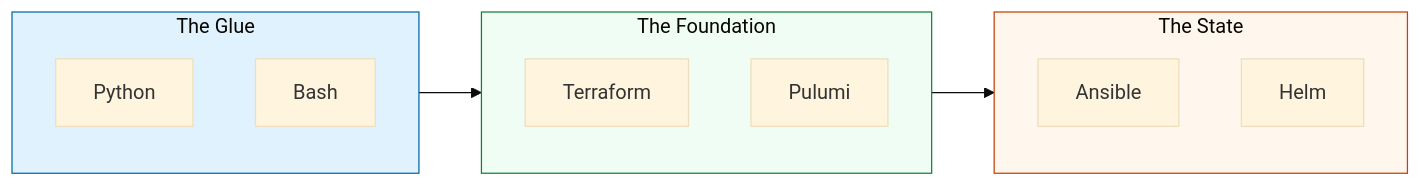
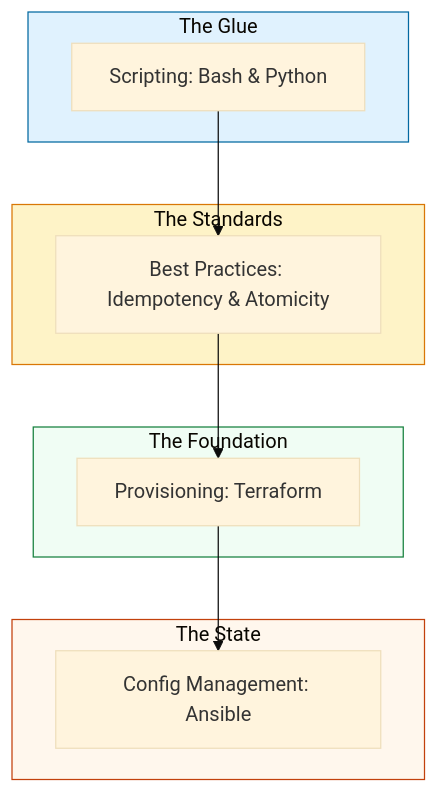
One commit to Ganil151/Devops changed the diagram in 2-Intermediate/02-Phase-2/01-Infrastructure-Automation/README.md. Above: the diagram before and after it, drawn with Mermaid (base theme). The commit also changed other lines of this file and 281 other files, not shown here.

````diff
--- a/2-Intermediate/02-Phase-2/01-Infrastructure-Automation/README.md
+++ b/2-Intermediate/02-Phase-2/01-Infrastructure-Automation/README.md
@@ -5,24 +13,27 @@
 ```mermaid
-graph LR
-    subgraph Scripting[The Glue]
-        P[Python]
-        B[Bash]
+graph TD
+    subgraph Layer1[The Glue]
+        S[Scripting: Bash & Python]
     end
     
-    subgraph Provisioning[The Foundation]
-        T[Terraform]
-        Pu[Pulumi]
+    subgraph Layer2[The Standards]
+        BP[Best Practices: Idempotency & Atomicity]
     end
     
-    subgraph Configuration[The State]
-        A[Ansible]
-        H[Helm]
+    subgraph Layer3[The Foundation]
+        IaC[Provisioning: Terraform]
     end
     
-    Scripting --> Provisioning
-    Provisioning --> Configuration
+    subgraph Layer4[The State]
+        CM[Config Management: Ansible]
+    end
     
-    style Scripting fill:#e0f2fe,stroke:#0369a1
-    style Provisioning fill:#f0fdf4,stroke:#15803d
-    style Configuration fill:#fff7ed,stroke:#c2410c
+    S --> BP
+    BP --> IaC
+    IaC --> CM
+    
+    style Layer1 fill:#e0f2fe,stroke:#0369a1
+    style Layer2 fill:#fef3c7,stroke:#d97706
+    style Layer3 fill:#f0fdf4,stroke:#15803d
+    style Layer4 fill:#fff7ed,stroke:#c2410c
 ```
````
